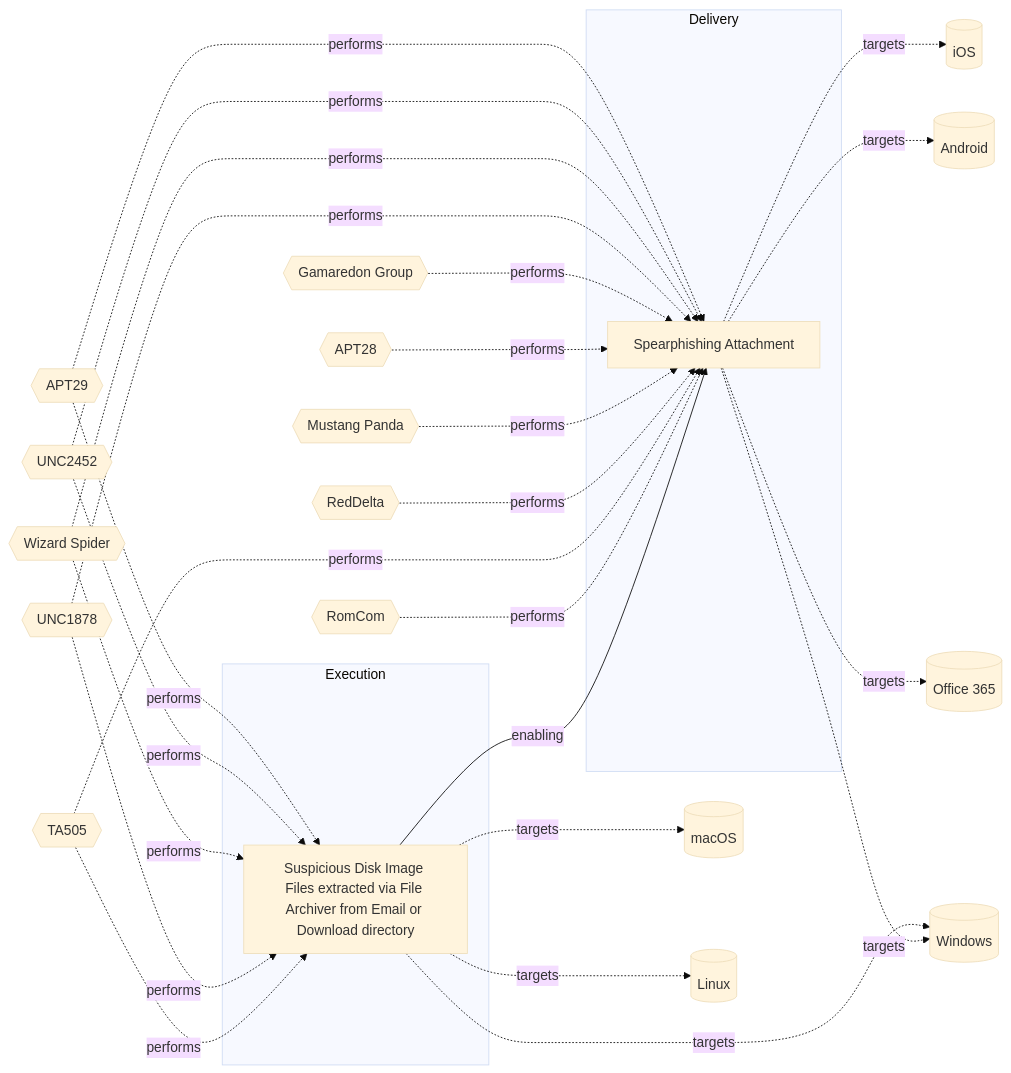
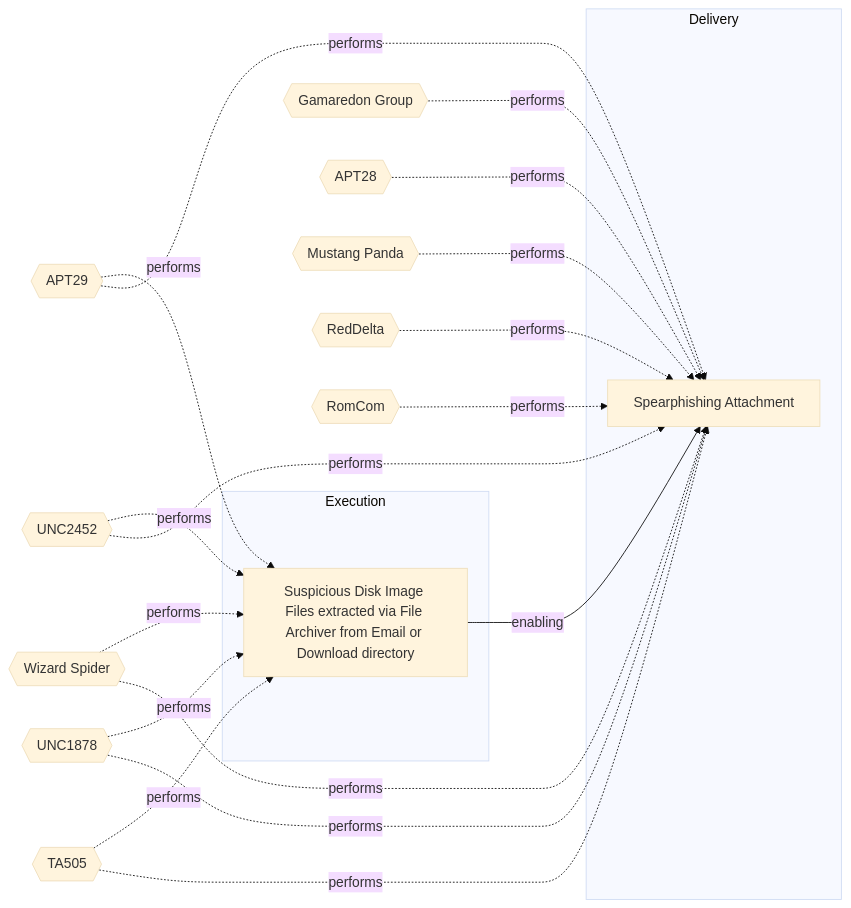
One commit to OpenTideHQ/WikiTide changed the diagram in Models/Threat Vectors/☣️ Suspicious Disk Image Files extracted via File Archiver from Email or Download directory.md. Above: the diagram before and after it, drawn with Mermaid (base theme). The commit also changed other lines of this file and 232 other files, not shown here.

````diff
--- a/Models/Threat Vectors/☣️ Suspicious Disk Image Files extracted via File Archiver from Email or Download directory.md
+++ b/Models/Threat Vectors/☣️ Suspicious Disk Image Files extracted via File Archiver from Email or Download directory.md
@@ -72,57 +72,44 @@
 ```mermaid
 
 flowchart LR
 
 ebdf49a9-52cb-43a5-8849-8110765f4fe1[Suspicious Disk Image Files extracted via File Archiver from Email or Download directory]
 dd5d942c-bac4-4000-b9a6-ca4fef6cfb84[Spearphishing Attachment]
 
 subgraph Execution
 ebdf49a9-52cb-43a5-8849-8110765f4fe1
 end
 subgraph Delivery
 dd5d942c-bac4-4000-b9a6-ca4fef6cfb84
 end
 
-macOS[(macOS)]
-Linux[(Linux)]
-Windows[(Windows)]
-Office365[(Office 365)]
-Android[(Android)]
-iOS[(iOS)]
 APT29{{APT29}}
 UNC2452{{UNC2452}}
 WizardSpider{{Wizard Spider}}
 UNC1878{{UNC1878}}
 TA505{{TA505}}
 GamaredonGroup{{Gamaredon Group}}
 APT28{{APT28}}
 MustangPanda{{Mustang Panda}}
 RedDelta{{RedDelta}}
 RomCom{{RomCom}}
 
-ebdf49a9-52cb-43a5-8849-8110765f4fe1 -.->|targets| macOS
-ebdf49a9-52cb-43a5-8849-8110765f4fe1 -.->|targets| Linux
-ebdf49a9-52cb-43a5-8849-8110765f4fe1 -.->|targets| Windows
-dd5d942c-bac4-4000-b9a6-ca4fef6cfb84 -.->|targets| Windows
-dd5d942c-bac4-4000-b9a6-ca4fef6cfb84 -.->|targets| Office365
-dd5d942c-bac4-4000-b9a6-ca4fef6cfb84 -.->|targets| Android
-dd5d942c-bac4-4000-b9a6-ca4fef6cfb84 -.->|targets| iOS
 APT29 -.-> |performs| ebdf49a9-52cb-43a5-8849-8110765f4fe1
 UNC2452 -.-> |performs| ebdf49a9-52cb-43a5-8849-8110765f4fe1
 WizardSpider -.-> |performs| ebdf49a9-52cb-43a5-8849-8110765f4fe1
 UNC1878 -.-> |performs| ebdf49a9-52cb-43a5-8849-8110765f4fe1
 TA505 -.-> |performs| ebdf49a9-52cb-43a5-8849-8110765f4fe1
 APT29 -.-> |performs| dd5d942c-bac4-4000-b9a6-ca4fef6cfb84
 UNC2452 -.-> |performs| dd5d942c-bac4-4000-b9a6-ca4fef6cfb84
 WizardSpider -.-> |performs| dd5d942c-bac4-4000-b9a6-ca4fef6cfb84
 UNC1878 -.-> |performs| dd5d942c-bac4-4000-b9a6-ca4fef6cfb84
 GamaredonGroup -.-> |performs| dd5d942c-bac4-4000-b9a6-ca4fef6cfb84
 APT28 -.-> |performs| dd5d942c-bac4-4000-b9a6-ca4fef6cfb84
 MustangPanda -.-> |performs| dd5d942c-bac4-4000-b9a6-ca4fef6cfb84
 RedDelta -.-> |performs| dd5d942c-bac4-4000-b9a6-ca4fef6cfb84
 TA505 -.-> |performs| dd5d942c-bac4-4000-b9a6-ca4fef6cfb84
 RomCom -.-> |performs| dd5d942c-bac4-4000-b9a6-ca4fef6cfb84
 
 ebdf49a9-52cb-43a5-8849-8110765f4fe1 -->|enabling| dd5d942c-bac4-4000-b9a6-ca4fef6cfb84
 
 ```
````
